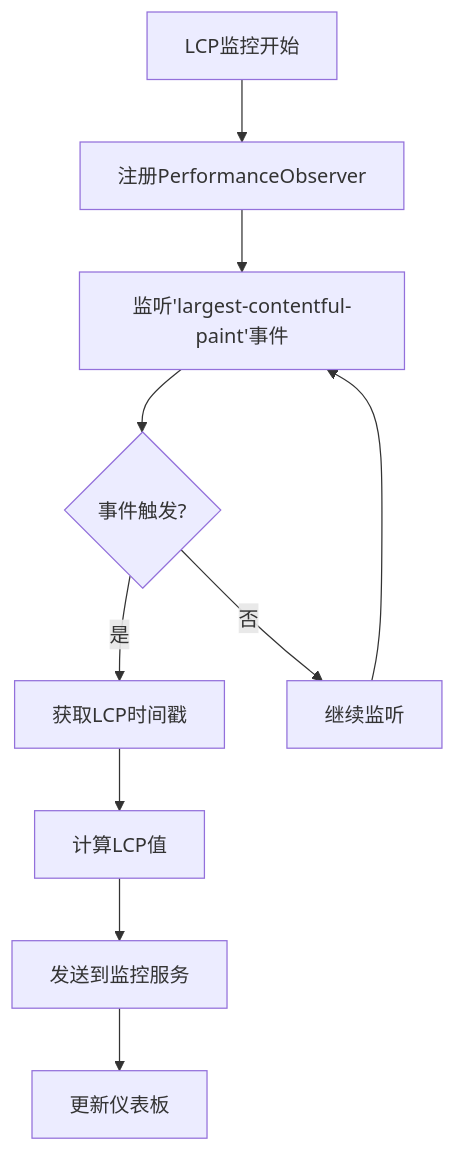
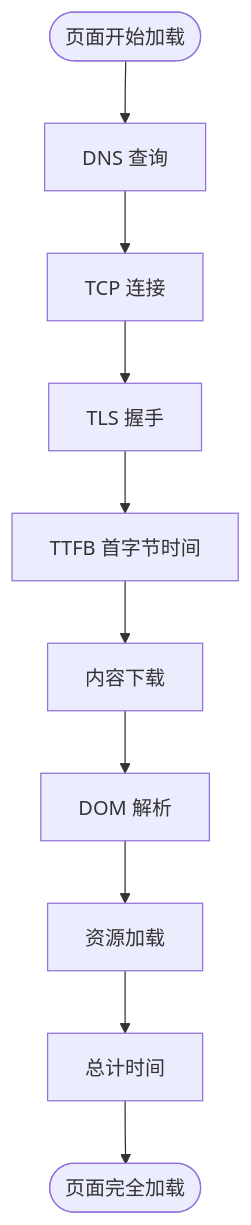
Before and after one commit to UnicornXU/knowledge-base: the fifth of 9 diagrams in .qoder/repowiki/zh/content/前端性能优化/性能监控.md, drawn with Mermaid. The commit also changed other lines of this file and 8 other files, not shown here.

````diff
--- a/.qoder/repowiki/zh/content/前端性能优化/性能监控.md
+++ b/.qoder/repowiki/zh/content/前端性能优化/性能监控.md
@@ -169,12 +225,12 @@
 ```mermaid
 flowchart TD
-A[LCP监控开始] --> B[注册PerformanceObserver]
-B --> C[监听'largest-contentful-paint'事件]
-C --> D{事件触发?}
-D --> |是| E[获取LCP时间戳]
-D --> |否| F[继续监听]
-E --> G[计算LCP值]
-G --> H[发送到监控服务]
-F --> C
-H --> I[更新仪表板]
+Start([页面开始加载]) --> DNS[DNS 查询]
+DNS --> TCP[TCP 连接]
+TCP --> TLS[TLS 握手]
+TLS --> TTFB[TTFB 首字节时间]
+TTFB --> ContentDownload[内容下载]
+ContentDownload --> DOMParse[DOM 解析]
+DOMParse --> ResourceLoad[资源加载]
+ResourceLoad --> Total[总计时间]
+Total --> End([页面完全加载])
 ```
````
